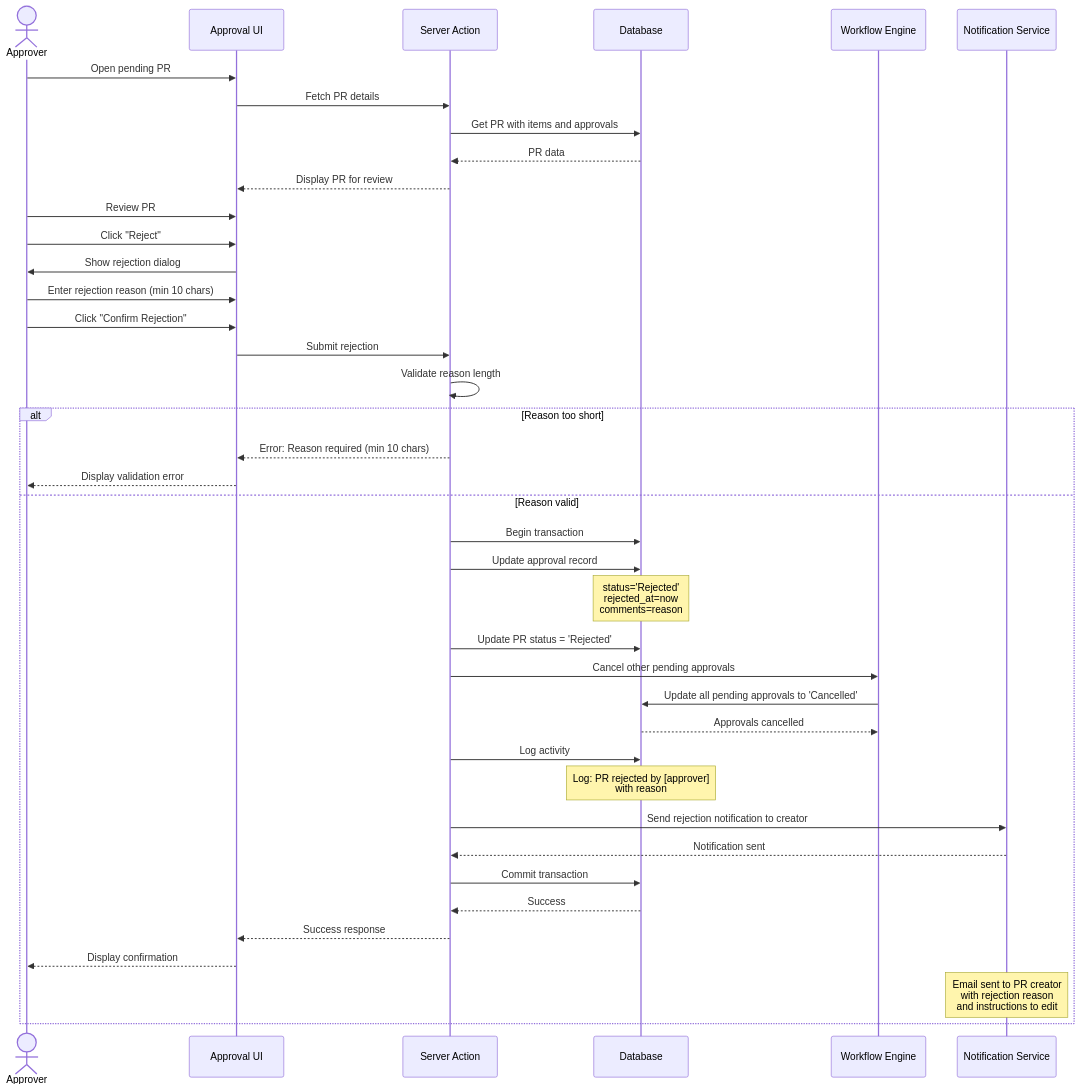
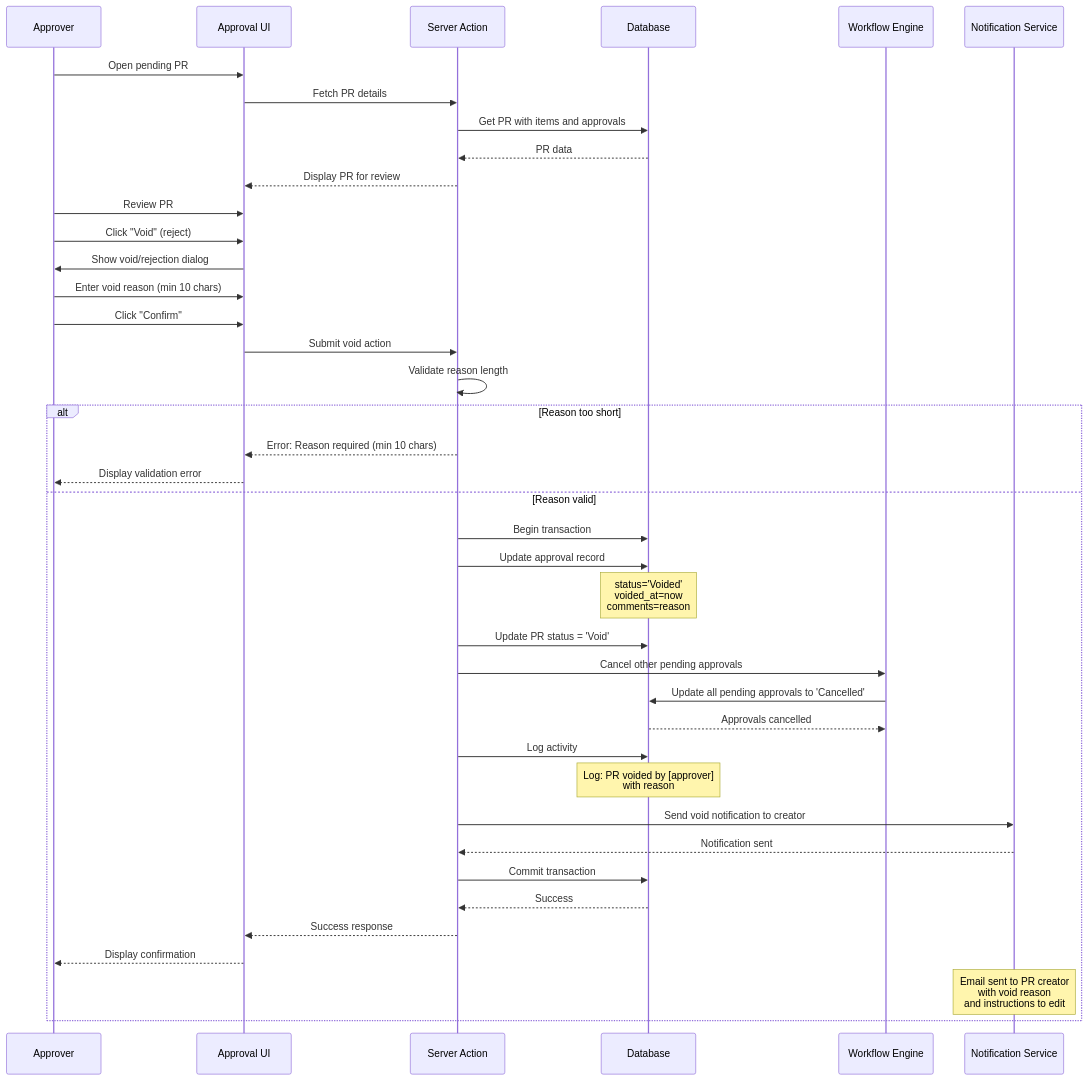
One commit to CarmenSoftware-organization/carmen changed diagram 13 of 30 in docs/app/procurement/purchase-requests/FD-purchase-requests.md. Above: the diagram before and after it, drawn with Mermaid. The commit also changed other lines of this file and 1788 other files, not shown here.

````diff
--- a/docs/app/procurement/purchase-requests/FD-purchase-requests.md
+++ b/docs/app/procurement/purchase-requests/FD-purchase-requests.md
@@ -539,54 +578,54 @@
 ```mermaid
 sequenceDiagram
-    actor Approver
+    participant Approver
     participant UI as Approval UI
     participant API as Server Action
     participant DB as Database
     participant Workflow as Workflow Engine
     participant Notify as Notification Service
 
     Approver->>UI: Open pending PR
     UI->>API: Fetch PR details
     API->>DB: Get PR with items and approvals
     DB-->>API: PR data
     API-->>UI: Display PR for review
 
     Approver->>UI: Review PR
-    Approver->>UI: Click "Reject"
-    UI->>Approver: Show rejection dialog
-    Approver->>UI: Enter rejection reason (min 10 chars)
-    Approver->>UI: Click "Confirm Rejection"
+    Approver->>UI: Click "Void" (reject)
+    UI->>Approver: Show void/rejection dialog
+    Approver->>UI: Enter void reason (min 10 chars)
+    Approver->>UI: Click "Confirm"
 
-    UI->>API: Submit rejection
+    UI->>API: Submit void action
     API->>API: Validate reason length
 
     alt Reason too short
         API-->>UI: Error: Reason required (min 10 chars)
         UI-->>Approver: Display validation error
     else Reason valid
         API->>DB: Begin transaction
 
         API->>DB: Update approval record
-        Note over DB: status='Rejected'<br/>rejected_at=now<br/>comments=reason
+        Note over DB: status='Voided'<br/>voided_at=now<br/>comments=reason
 
-        API->>DB: Update PR status = 'Rejected'
+        API->>DB: Update PR status = 'Void'
 
         API->>Workflow: Cancel other pending approvals
         Workflow->>DB: Update all pending approvals to 'Cancelled'
         DB-->>Workflow: Approvals cancelled
 
         API->>DB: Log activity
-        Note over DB: Log: PR rejected by [approver]<br/>with reason
+        Note over DB: Log: PR voided by [approver]<br/>with reason
 
-        API->>Notify: Send rejection notification to creator
+        API->>Notify: Send void notification to creator
         Notify-->>API: Notification sent
 
         API->>DB: Commit transaction
         DB-->>API: Success
 
         API-->>UI: Success response
         UI-->>Approver: Display confirmation
 
-        Note over Notify: Email sent to PR creator<br/>with rejection reason<br/>and instructions to edit
+        Note over Notify: Email sent to PR creator<br/>with void reason<br/>and instructions to edit
     end
 ```
````
